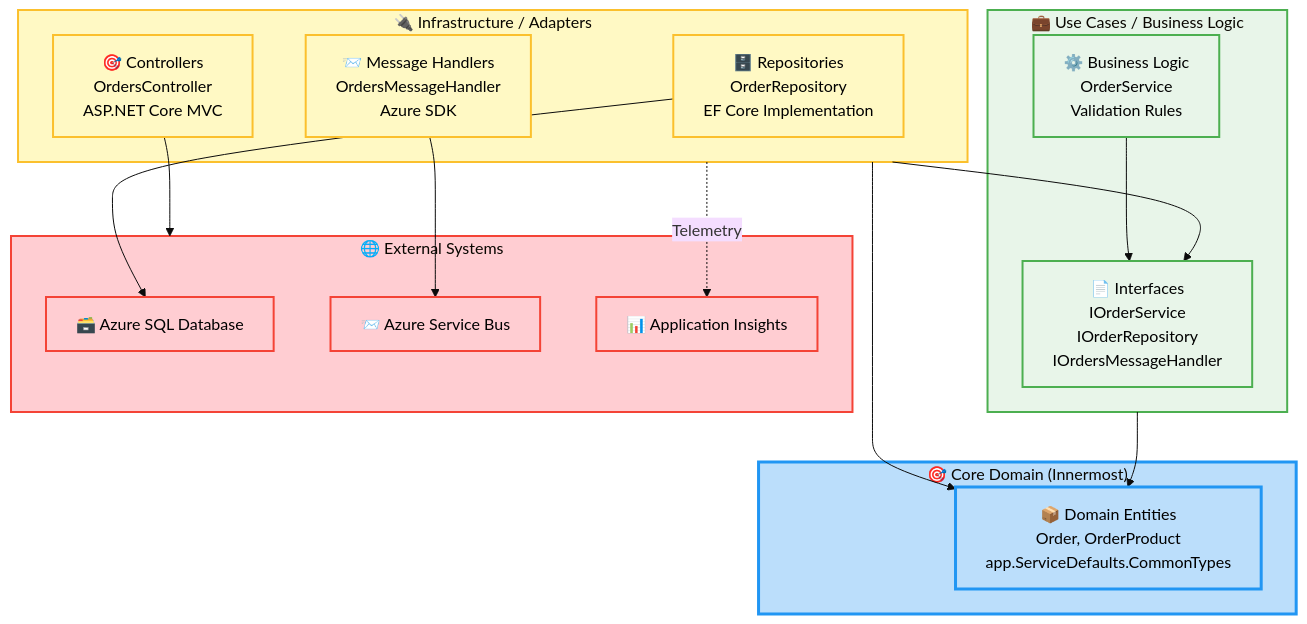
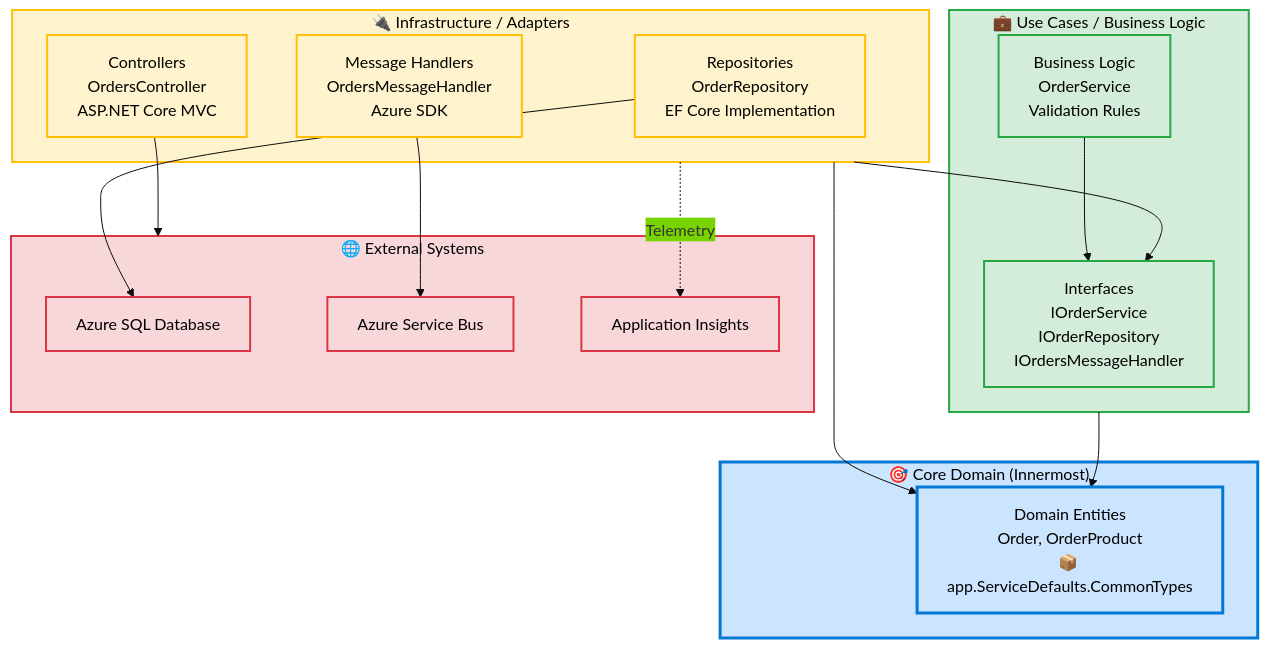
One commit to Evilazaro/Azure-LogicApps-Monitoring changed the tenth of 13 diagrams in docs/architecture/business-layer-architecture.md. Above: the diagram before and after it, drawn with Mermaid. The commit also changed other lines of this file and 1 other file, not shown here.

````diff
--- a/docs/architecture/business-layer-architecture.md
+++ b/docs/architecture/business-layer-architecture.md
@@ -1156,61 +1204,57 @@
 ```mermaid
 ---
 config:
   theme: base
+  themeVariables:
+    primaryColor: "#0078D4"
 ---
 graph TB
     accTitle: Clean Architecture Boundaries
     accDescr: Shows dependency flow and architectural layers following clean architecture principles
 
     %% Core Domain
     subgraph core["🎯 Core Domain (Innermost)"]
-        entities["📦 Domain Entities<br/>Order, OrderProduct<br/>app.ServiceDefaults.CommonTypes"]
+        entities["Domain Entities<br/>Order, OrderProduct<br/>📦 app.ServiceDefaults.CommonTypes"]
     end
 
     %% Use Cases / Business Logic
     subgraph usecases["💼 Use Cases / Business Logic"]
-        interfaces["📄 Interfaces<br/>IOrderService<br/>IOrderRepository<br/>IOrdersMessageHandler"]
-        businessLogic["⚙️ Business Logic<br/>OrderService<br/>Validation Rules"]
+        interfaces["Interfaces<br/>IOrderService<br/>IOrderRepository<br/>IOrdersMessageHandler"]
+        businessLogic["Business Logic<br/>OrderService<br/>Validation Rules"]
     end
 
     %% Infrastructure / Adapters
     subgraph infrastructure["🔌 Infrastructure / Adapters"]
-        repos["🗄️ Repositories<br/>OrderRepository<br/>EF Core Implementation"]
-        handlers["📨 Message Handlers<br/>OrdersMessageHandler<br/>Azure SDK"]
-        controllers["🎯 Controllers<br/>OrdersController<br/>ASP.NET Core MVC"]
+        repos["Repositories<br/>OrderRepository<br/>EF Core Implementation"]
+        handlers["Message Handlers<br/>OrdersMessageHandler<br/>Azure SDK"]
+        controllers["Controllers<br/>OrdersController<br/>ASP.NET Core MVC"]
     end
 
     %% External Systems
     subgraph external["🌐 External Systems"]
-        database["🗃️ Azure SQL Database"]
-        servicebus["📨 Azure Service Bus"]
-        appinsights["📊 Application Insights"]
+        database["Azure SQL Database"]
+        servicebus["Azure Service Bus"]
+        appinsights["Application Insights"]
     end
 
     %% Dependencies (arrows point INWARD)
     infrastructure --> interfaces
     infrastructure --> entities
     usecases --> entities
     businessLogic --> interfaces
     repos --> database
     handlers --> servicebus
     controllers --> external
     infrastructure -.->|"Telemetry"| appinsights
 
-    %% Styling with explicit hex colors (Microsoft Fluent UI / Azure palette)
-    classDef coreStyle fill:#BBDEFB,stroke:#2196F3,stroke-width:3px,color:#000
-    classDef usecaseStyle fill:#E8F5E9,stroke:#4CAF50,stroke-width:2px,color:#000
-    classDef infraStyle fill:#FFF9C4,stroke:#FBC02D,stroke-width:2px,color:#000
-    classDef externalStyle fill:#FFCDD2,stroke:#F44336,stroke-width:2px,color:#000
+    %% Styling
+    classDef coreStyle fill:#CCE5FF,stroke:#0078D4,stroke-width:3px,color:#000
+    classDef usecaseStyle fill:#D4EDDA,stroke:#28A745,stroke-width:2px,color:#000
+    classDef infraStyle fill:#FFF3CD,stroke:#FFC107,stroke-width:2px,color:#000
+    classDef externalStyle fill:#F8D7DA,stroke:#DC3545,stroke-width:2px,color:#000
 
-    class entities coreStyle
-    class interfaces,businessLogic usecaseStyle
-    class repos,handlers,controllers infraStyle
-    class database,servicebus,appinsights externalStyle
-
-    %% Subgraph styling (MRM-S001 compliant - use style not class)
-    style core fill:#BBDEFB,stroke:#2196F3,stroke-width:3px
-    style usecases fill:#E8F5E9,stroke:#4CAF50,stroke-width:2px
-    style infrastructure fill:#FFF9C4,stroke:#FBC02D,stroke-width:2px
-    style external fill:#FFCDD2,stroke:#F44336,stroke-width:2px
+    class core,entities coreStyle
+    class usecases,interfaces,businessLogic usecaseStyle
+    class infrastructure,repos,handlers,controllers infraStyle
+    class external,database,servicebus,appinsights externalStyle
 ```
````
